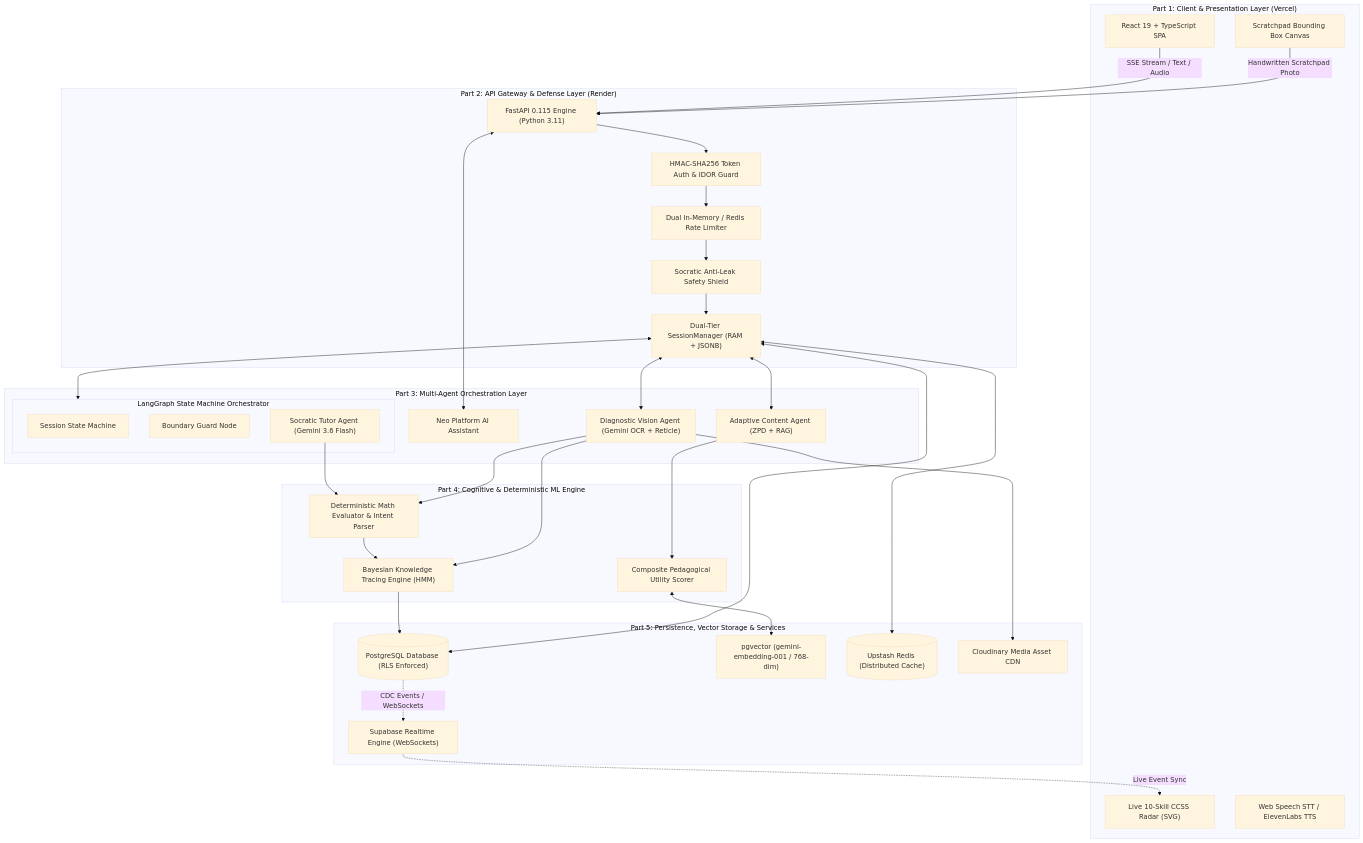
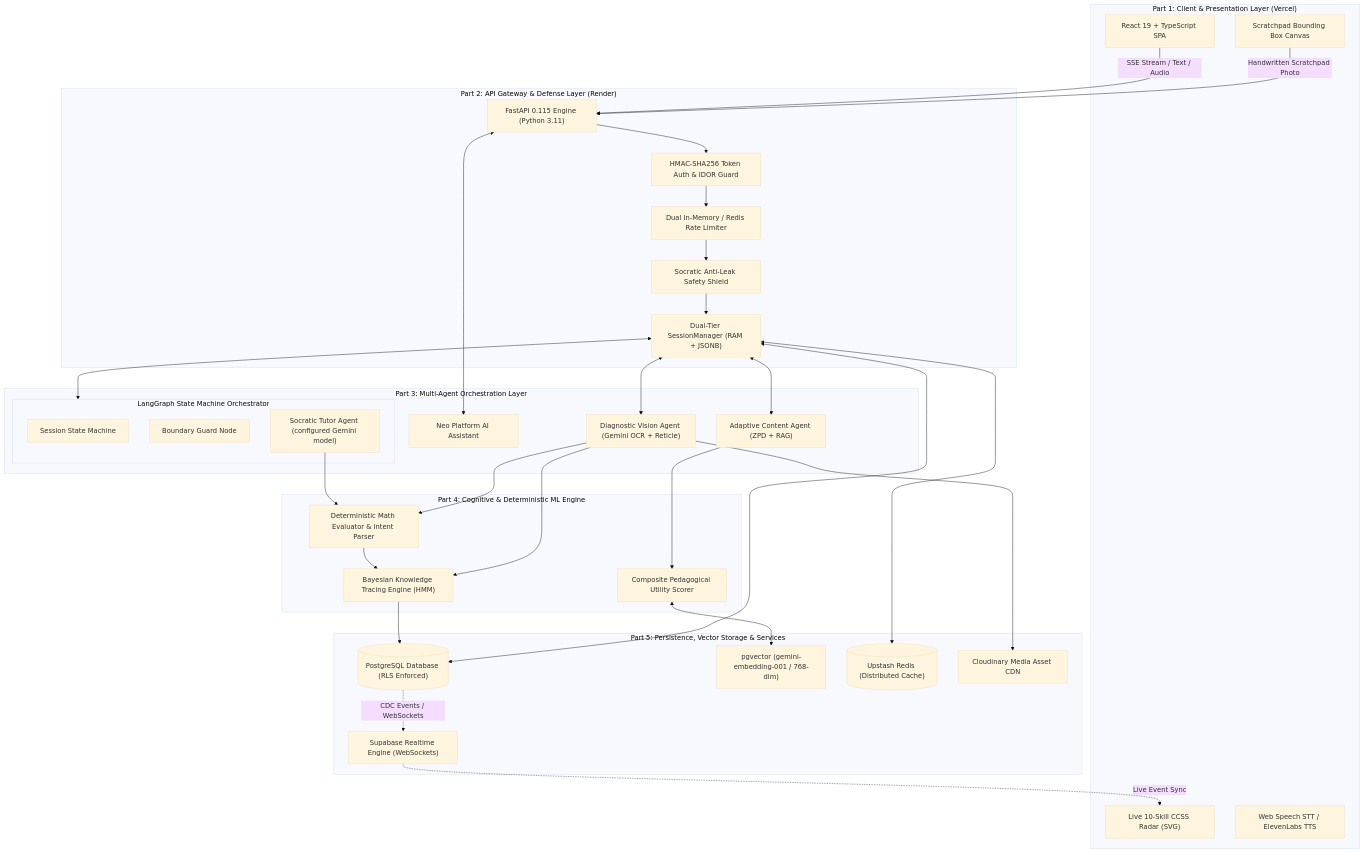
Before and after one commit to Susil-commits/Veritas: the diagram in README.md, drawn with Mermaid (base theme). The commit also changed other lines of this file and 11 other files, not shown here.

````diff
--- a/README.md
+++ b/README.md
@@ -114,69 +114,69 @@
 ```mermaid
 flowchart TD
     subgraph Client ["Part 1: Client & Presentation Layer (Vercel)"]
         UI["React 19 + TypeScript SPA"]
         Radar["Live 10-Skill CCSS Radar (SVG)"]
         Voice["Web Speech STT / ElevenLabs TTS"]
         Canvas["Scratchpad Bounding Box Canvas"]
     end
 
     subgraph API ["Part 2: API Gateway & Defense Layer (Render)"]
         FastAPI["FastAPI 0.115 Engine (Python 3.11)"]
         Auth["HMAC-SHA256 Token Auth & IDOR Guard"]
         RateLimit["Dual In-Memory / Redis Rate Limiter"]
         Safety["Socratic Anti-Leak Safety Shield"]
         SessMgr["Dual-Tier SessionManager (RAM + JSONB)"]
     end
 
     subgraph Orchestrator ["Part 3: Multi-Agent Orchestration Layer"]
         subgraph LangGraphSM ["LangGraph State Machine Orchestrator"]
             StateNode["Session State Machine"]
             SafetyNode["Boundary Guard Node"]
-            TutorNode["Socratic Tutor Agent (Gemini 3.6 Flash)"]
+            TutorNode["Socratic Tutor Agent (configured Gemini model)"]
         end
         VisionAgent["Diagnostic Vision Agent (Gemini OCR + Reticle)"]
         ContentAgent["Adaptive Content Agent (ZPD + RAG)"]
         NeoAgent["Neo Platform AI Assistant"]
     end
 
     subgraph ML ["Part 4: Cognitive & Deterministic ML Engine"]
         BKT["Bayesian Knowledge Tracing Engine (HMM)"]
         MathEval["Deterministic Math Evaluator & Intent Parser"]
         UtilityFunc["Composite Pedagogical Utility Scorer"]
     end
 
     subgraph Persistence ["Part 5: Persistence, Vector Storage & Services"]
         SupabaseDB[("PostgreSQL Database (RLS Enforced)")]
         PgVector["pgvector (gemini-embedding-001 / 768-dim)"]
         Realtime["Supabase Realtime Engine (WebSockets)"]
         RedisCache[("Upstash Redis (Distributed Cache)")]
         CloudinaryCDN["Cloudinary Media Asset CDN"]
     end
 
     %% Client Interactions
     UI -->|SSE Stream / Text / Audio| FastAPI
     Canvas -->|Handwritten Scratchpad Photo| FastAPI
     FastAPI --> Auth --> RateLimit --> Safety --> SessMgr
 
     %% Agent Routing
     SessMgr <--> LangGraphSM
     SessMgr <--> VisionAgent
     SessMgr <--> ContentAgent
     FastAPI <--> NeoAgent
 
     %% Deterministic & Cognitive Engine
     TutorNode --> MathEval
     MathEval --> BKT
     VisionAgent --> MathEval
     VisionAgent --> BKT
     ContentAgent --> UtilityFunc
     UtilityFunc <--> PgVector
 
     %% Storage & Persistence
     BKT --> SupabaseDB
     SessMgr <--> SupabaseDB
     SessMgr <--> RedisCache
     VisionAgent --> CloudinaryCDN
     SupabaseDB -.->|CDC Events / WebSockets| Realtime
     Realtime -.->|Live Event Sync| Radar
 ```
````
